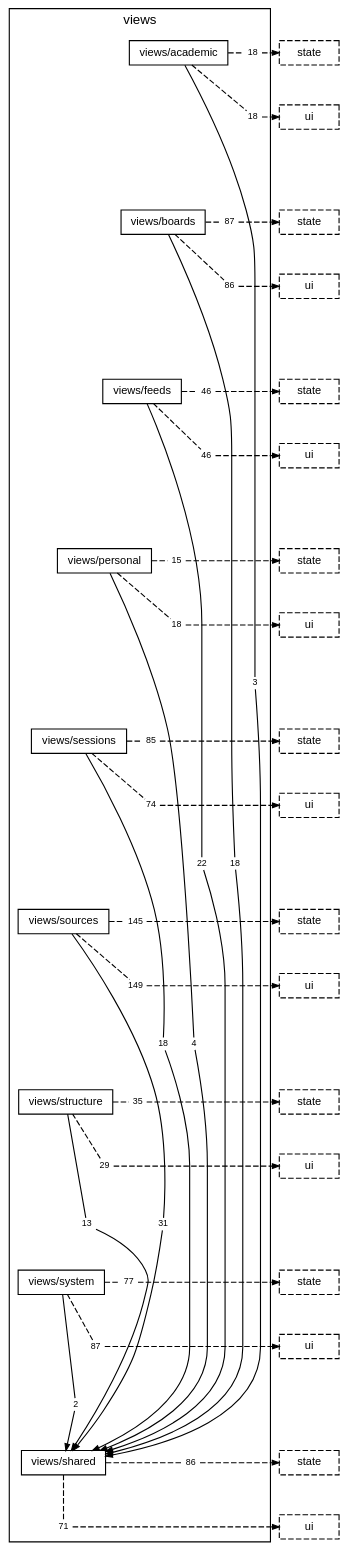
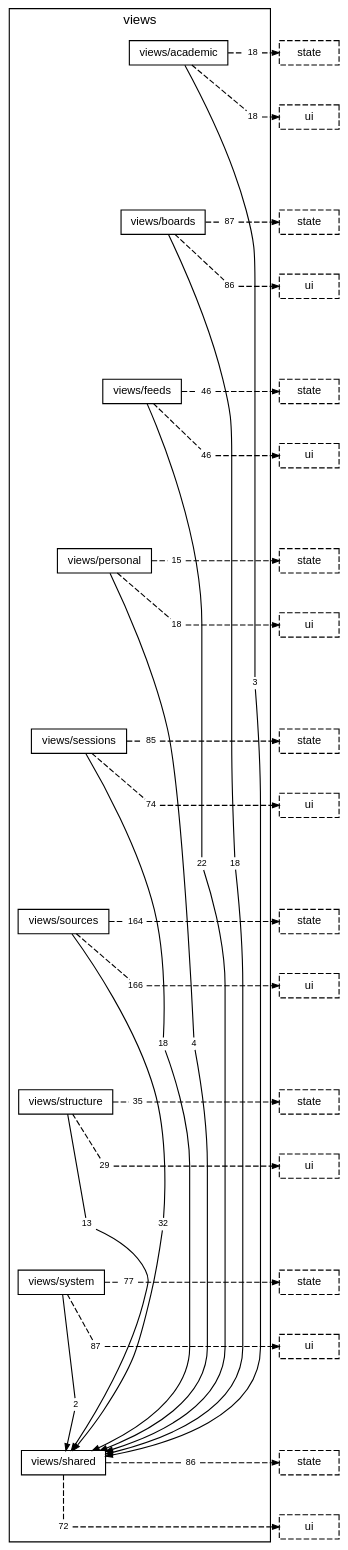
One commit to TheAxeC/oculus changed the diagram in docs/diagrams/layer-views.dot. Above: the diagram before and after it, drawn with Graphviz. The commit also changed 115 other files, not shown here.

```diff
--- a/docs/diagrams/layer-views.dot
+++ b/docs/diagrams/layer-views.dot
@@ -28,9 +28,9 @@
         "folder views/sessions to folder views/shared" [label="18", shape=box, color="transparent", fontsize=8, width=0, height=0, margin="0.04,0.02"];
         "folder views/sessions to layer state" [label="85", shape=box, color="transparent", fontsize=8, width=0, height=0, margin="0.04,0.02"];
         "folder views/sessions to layer ui" [label="74", shape=box, color="transparent", fontsize=8, width=0, height=0, margin="0.04,0.02"];
-        "folder views/sources to folder views/shared" [label="31", shape=box, color="transparent", fontsize=8, width=0, height=0, margin="0.04,0.02"];
-        "folder views/sources to layer state" [label="145", shape=box, color="transparent", fontsize=8, width=0, height=0, margin="0.04,0.02"];
-        "folder views/sources to layer ui" [label="149", shape=box, color="transparent", fontsize=8, width=0, height=0, margin="0.04,0.02"];
+        "folder views/sources to folder views/shared" [label="32", shape=box, color="transparent", fontsize=8, width=0, height=0, margin="0.04,0.02"];
+        "folder views/sources to layer state" [label="164", shape=box, color="transparent", fontsize=8, width=0, height=0, margin="0.04,0.02"];
+        "folder views/sources to layer ui" [label="166", shape=box, color="transparent", fontsize=8, width=0, height=0, margin="0.04,0.02"];
         "folder views/structure to folder views/shared" [label="13", shape=box, color="transparent", fontsize=8, width=0, height=0, margin="0.04,0.02"];
         "folder views/structure to layer state" [label="35", shape=box, color="transparent", fontsize=8, width=0, height=0, margin="0.04,0.02"];
         "folder views/structure to layer ui" [label="29", shape=box, color="transparent", fontsize=8, width=0, height=0, margin="0.04,0.02"];
@@ -38,7 +38,7 @@
         "folder views/system to layer state" [label="77", shape=box, color="transparent", fontsize=8, width=0, height=0, margin="0.04,0.02"];
         "folder views/system to layer ui" [label="87", shape=box, color="transparent", fontsize=8, width=0, height=0, margin="0.04,0.02"];
         "folder views/shared to layer state" [label="86", shape=box, color="transparent", fontsize=8, width=0, height=0, margin="0.04,0.02"];
-        "folder views/shared to layer ui" [label="71", shape=box, color="transparent", fontsize=8, width=0, height=0, margin="0.04,0.02"];
+        "folder views/shared to layer ui" [label="72", shape=box, color="transparent", fontsize=8, width=0, height=0, margin="0.04,0.02"];
     }
     "layer state from folder views/academic" [label="state", style=dashed];
     "layer ui from folder views/academic" [label="ui", style=dashed];
```
